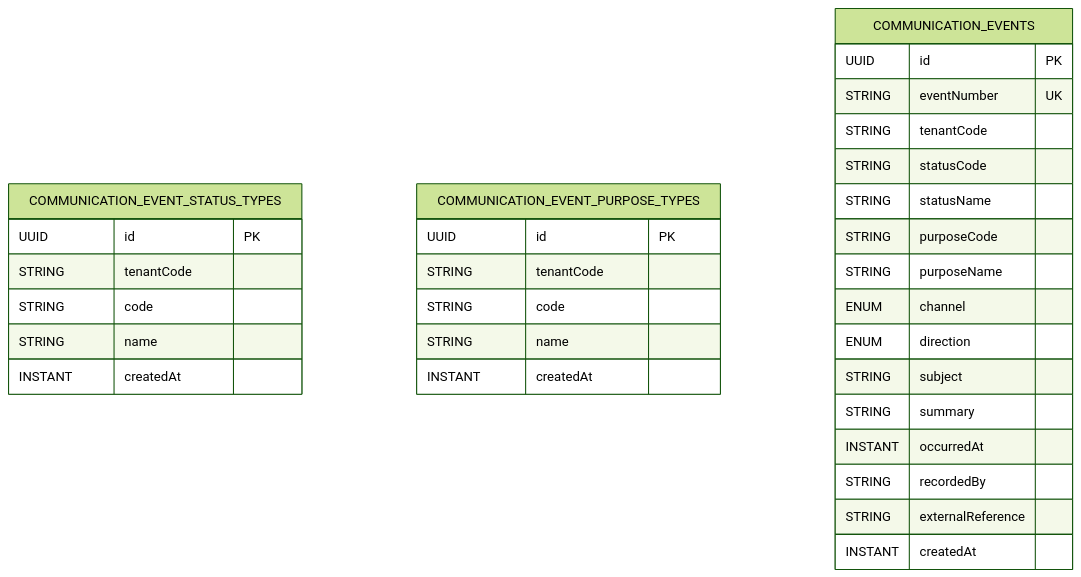
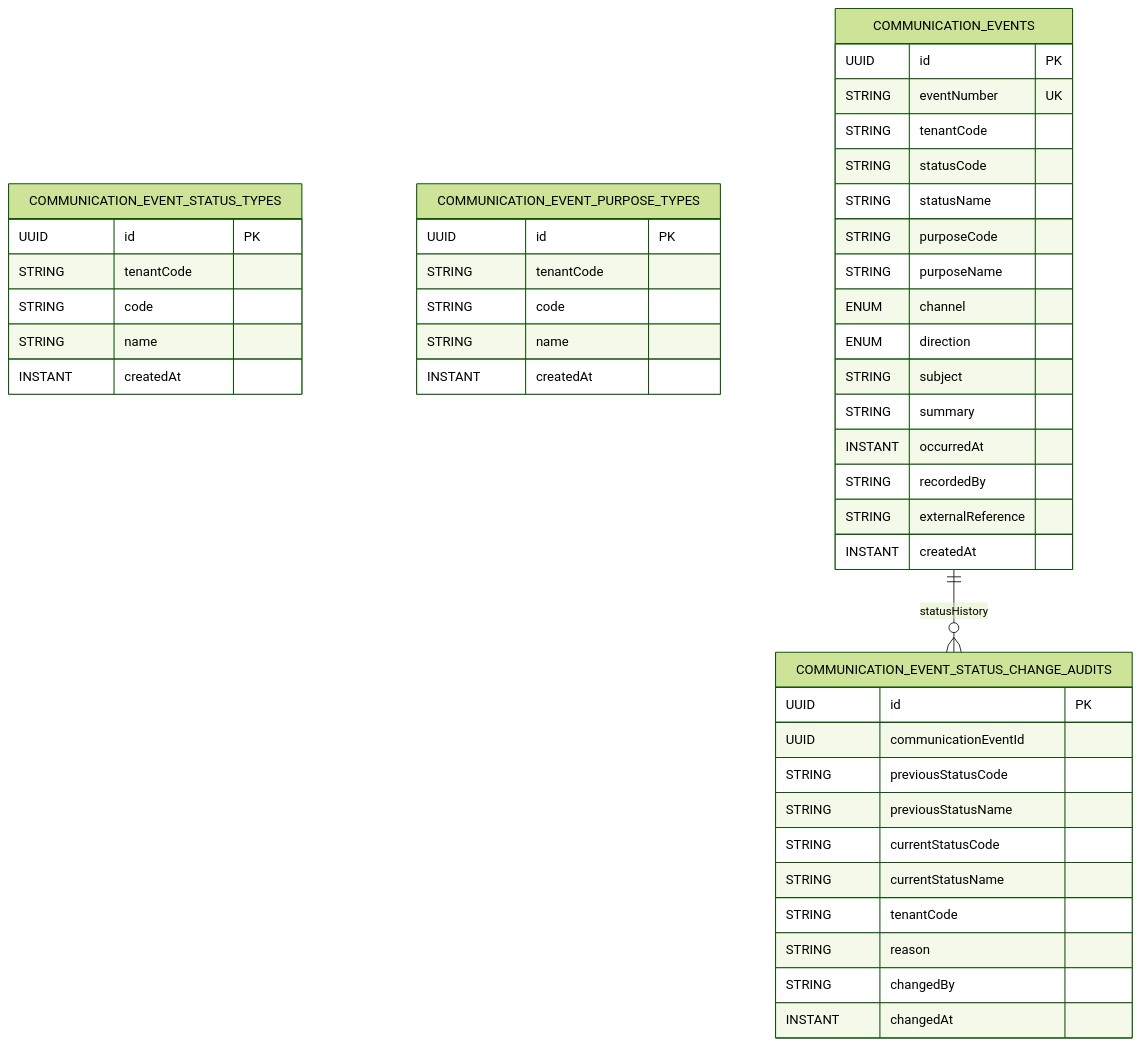
Before and after one commit to ArcanaERP/platform: the diagram in docs/communication-events-data-model.md, drawn with Mermaid (forest theme). The commit also changed other lines of this file and 16 other files, not shown here.

Commit message:
Add communication event status transitions

````diff
--- a/docs/communication-events-data-model.md
+++ b/docs/communication-events-data-model.md
@@ -7,36 +7,51 @@
 ```mermaid
 erDiagram
     COMMUNICATION_EVENT_STATUS_TYPES {
       UUID id PK
       STRING tenantCode
       STRING code
       STRING name
       INSTANT createdAt
     }
 
     COMMUNICATION_EVENT_PURPOSE_TYPES {
       UUID id PK
       STRING tenantCode
       STRING code
       STRING name
       INSTANT createdAt
     }
 
     COMMUNICATION_EVENTS {
       UUID id PK
       STRING eventNumber UK
       STRING tenantCode
       STRING statusCode
       STRING statusName
       STRING purposeCode
       STRING purposeName
       ENUM channel
       ENUM direction
       STRING subject
       STRING summary
       INSTANT occurredAt
       STRING recordedBy
       STRING externalReference
       INSTANT createdAt
     }
+
+    COMMUNICATION_EVENT_STATUS_CHANGE_AUDITS {
+      UUID id PK
+      UUID communicationEventId
+      STRING previousStatusCode
+      STRING previousStatusName
+      STRING currentStatusCode
+      STRING currentStatusName
+      STRING tenantCode
+      STRING reason
+      STRING changedBy
+      INSTANT changedAt
+    }
+
+    COMMUNICATION_EVENTS ||--o{ COMMUNICATION_EVENT_STATUS_CHANGE_AUDITS : statusHistory
 ```
````
